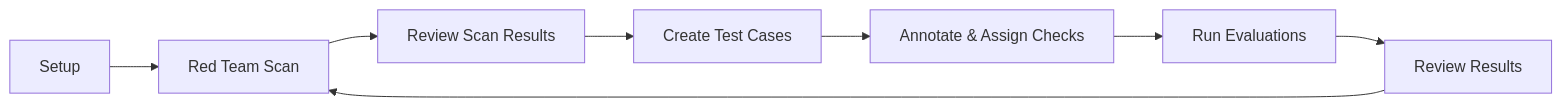
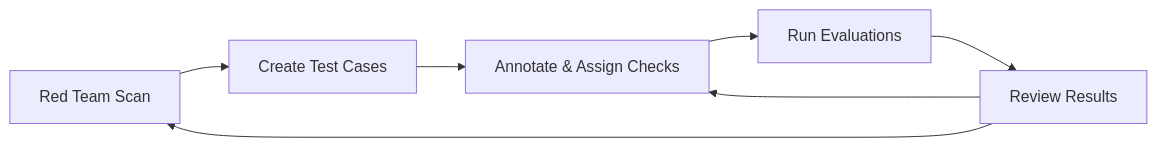
The diagram in script-docs/hub/ui/index.rst (Giskard-AI/giskard-hub), drawn with Mermaid before and after one commit. The commit also changed 2 other files, not shown here.

Commit message:
Refactor workflow diagrams in documentation
- Updated the high-level workflow diagrams in `index.rst` files for hub, evaluations, and scan sections.
- Improved clarity by adjusting the flow of tasks, specifically renaming and reorganizing steps related to task management and iterative testing processes.

```diff
--- a/script-docs/hub/ui/index.rst
+++ b/script-docs/hub/ui/index.rst
@@ -59,11 +59,10 @@
 .. mermaid::
    :align: center
 
    graph LR
-       A[Setup] --> B[Red Team Scan]
-       B --> C[Review Scan Results]
-       C --> D[Create Test Cases]
+       B[Red Team Scan] -->  D[Create Test Cases]
        D --> F[Annotate & Assign Checks]
        F --> G[Run Evaluations]
        G --> H[Review Results]
+       H --> F
        H --> B
```
